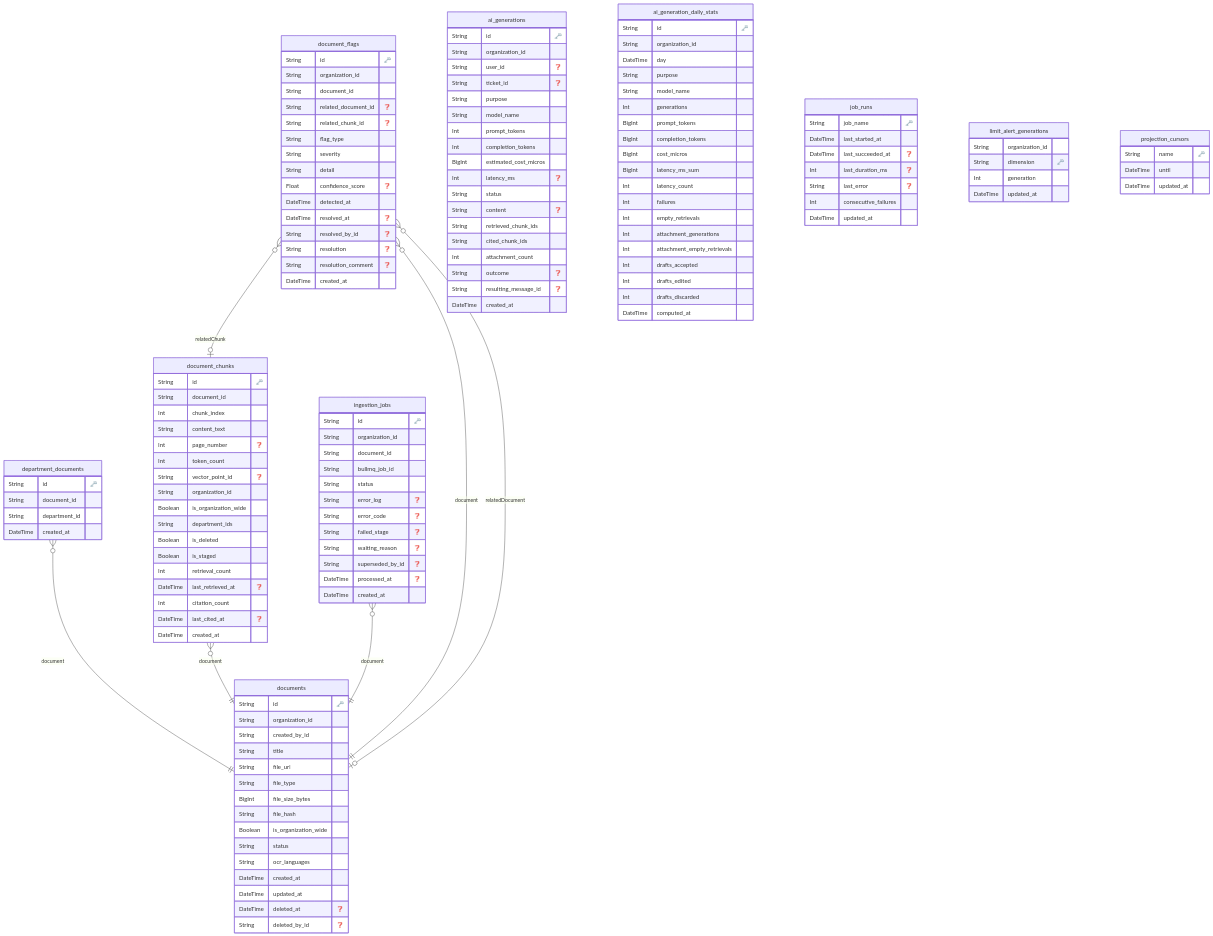
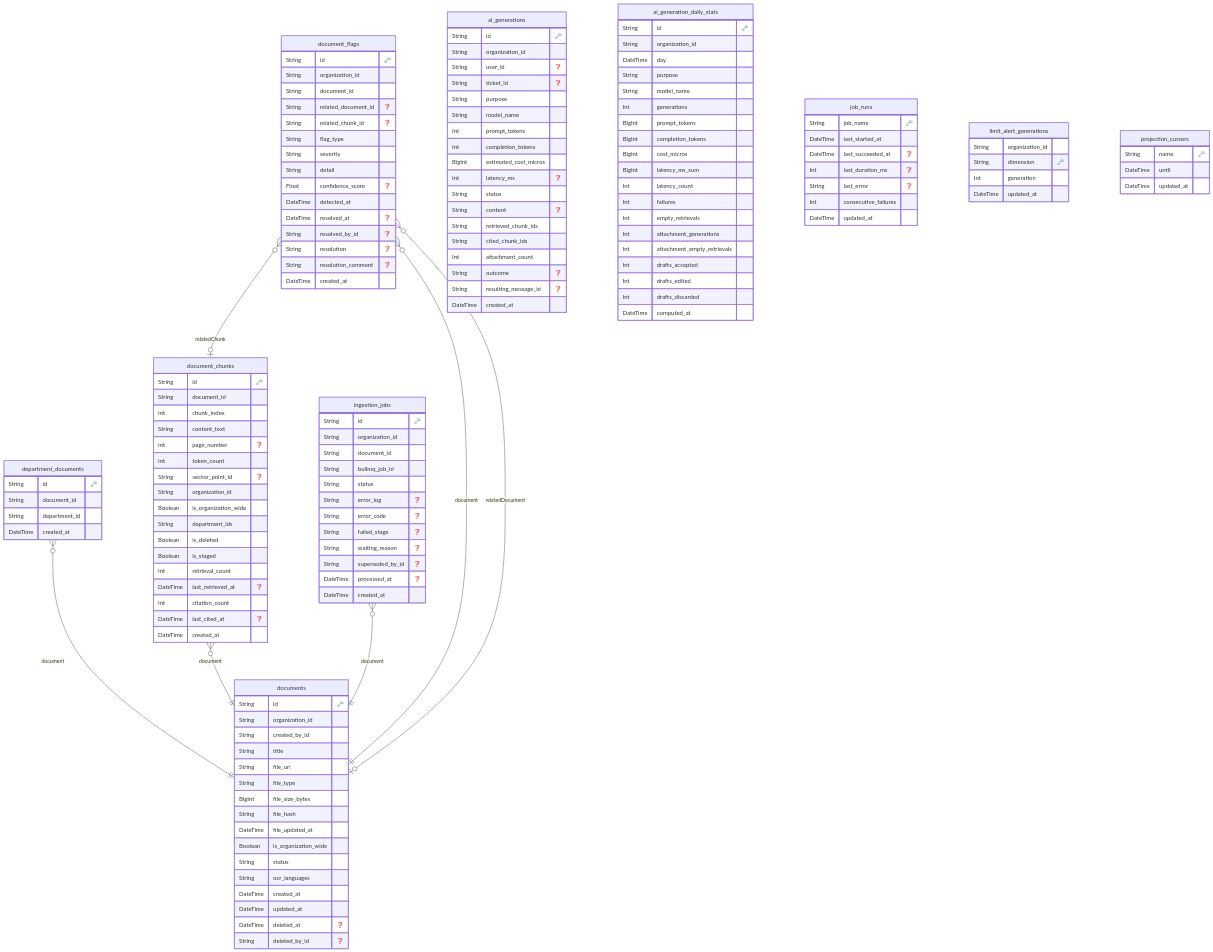
One commit to dungtq2k5/synapse-desk changed the diagram in docs/reference/erd/ingestion-service.md. Above: the diagram before and after it, drawn with Mermaid. The commit also changed 21 other files, not shown here.

```diff
--- a/docs/reference/erd/ingestion-service.md
+++ b/docs/reference/erd/ingestion-service.md
@@ -10,6 +10,7 @@
     String file_type 
     BigInt file_size_bytes 
     String file_hash 
+    DateTime file_updated_at 
     Boolean is_organization_wide 
     String status 
     String ocr_languages 
```
